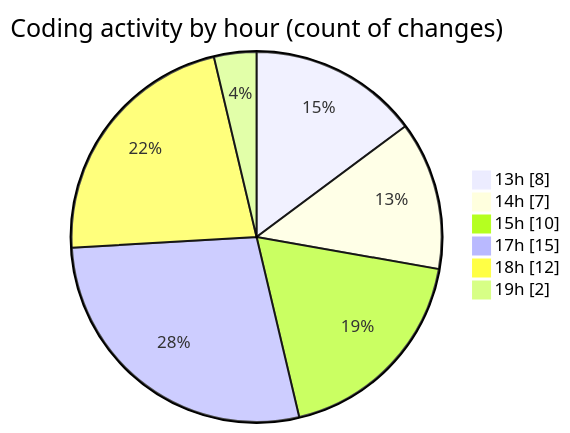
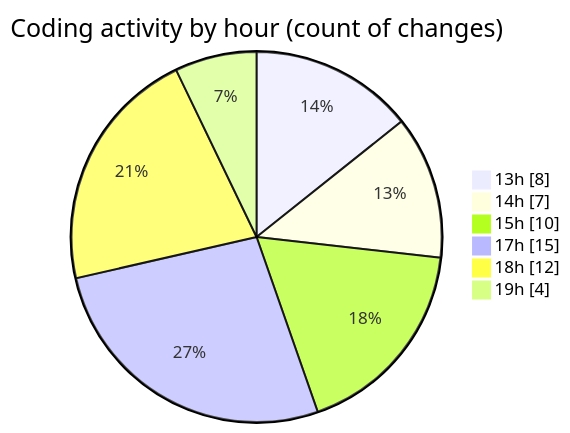
Before and after one commit to BS-eng2023/code-tracking: the second of 2 diagrams in 2025-04-03/jsvms/README.md, drawn with Mermaid. The commit also changed other lines of this file and 1 other file, not shown here.

````diff
--- a/2025-04-03/jsvms/README.md
+++ b/2025-04-03/jsvms/README.md
@@ -40,10 +40,10 @@
 ```mermaid
 pie showData
 title Coding activity by hour (count of changes)
 "13h" : 8
 "14h" : 7
 "15h" : 10
 "17h" : 15
 "18h" : 12
-"19h" : 2
+"19h" : 4
 ```
````
